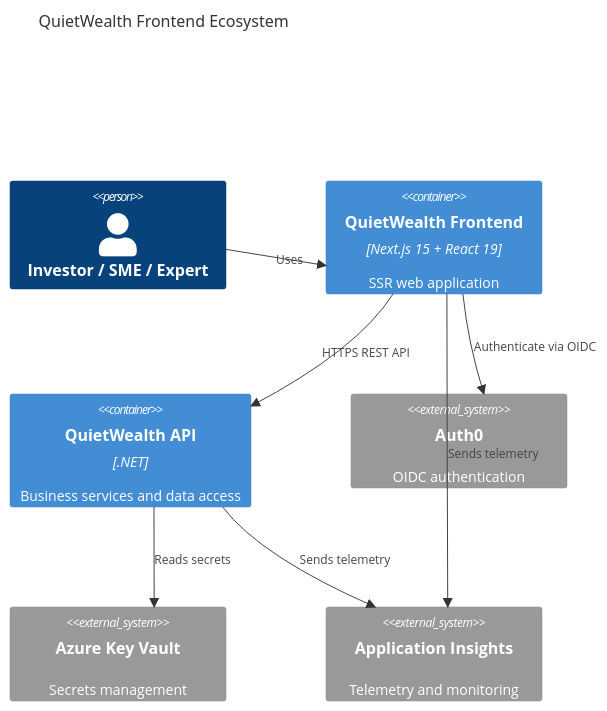
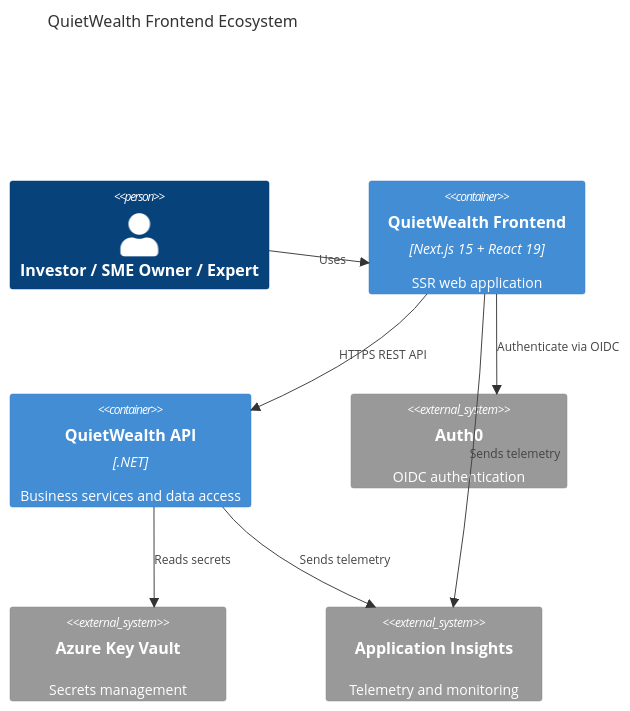
One commit to danielpulido01/QuietWealth changed the second of 6 diagrams in README.md. Above: the diagram before and after it, drawn with Mermaid. The commit also changed other lines of this file, not shown here.

````diff
--- a/README.md
+++ b/README.md
@@ -818,27 +1568,20 @@
 ```mermaid
 C4Container
     title QuietWealth Frontend Ecosystem
 
-    Person(user, "Investor / SME / Expert")
+    Person(user, "Investor / SME Owner / Expert")
 
     Container(frontend, "QuietWealth Frontend", "Next.js 15 + React 19", "SSR web application")
-
     Container(api, "QuietWealth API", ".NET", "Business services and data access")
 
     System_Ext(auth0, "Auth0", "OIDC authentication")
-
     System_Ext(keyvault, "Azure Key Vault", "Secrets management")
-
     System_Ext(appinsights, "Application Insights", "Telemetry and monitoring")
 
     Rel(user, frontend, "Uses")
-
     Rel(frontend, auth0, "Authenticate via OIDC")
-
     Rel(frontend, api, "HTTPS REST API")
-
     Rel(api, keyvault, "Reads secrets")
-
     Rel(frontend, appinsights, "Sends telemetry")
     Rel(api, appinsights, "Sends telemetry")
 ```
````
